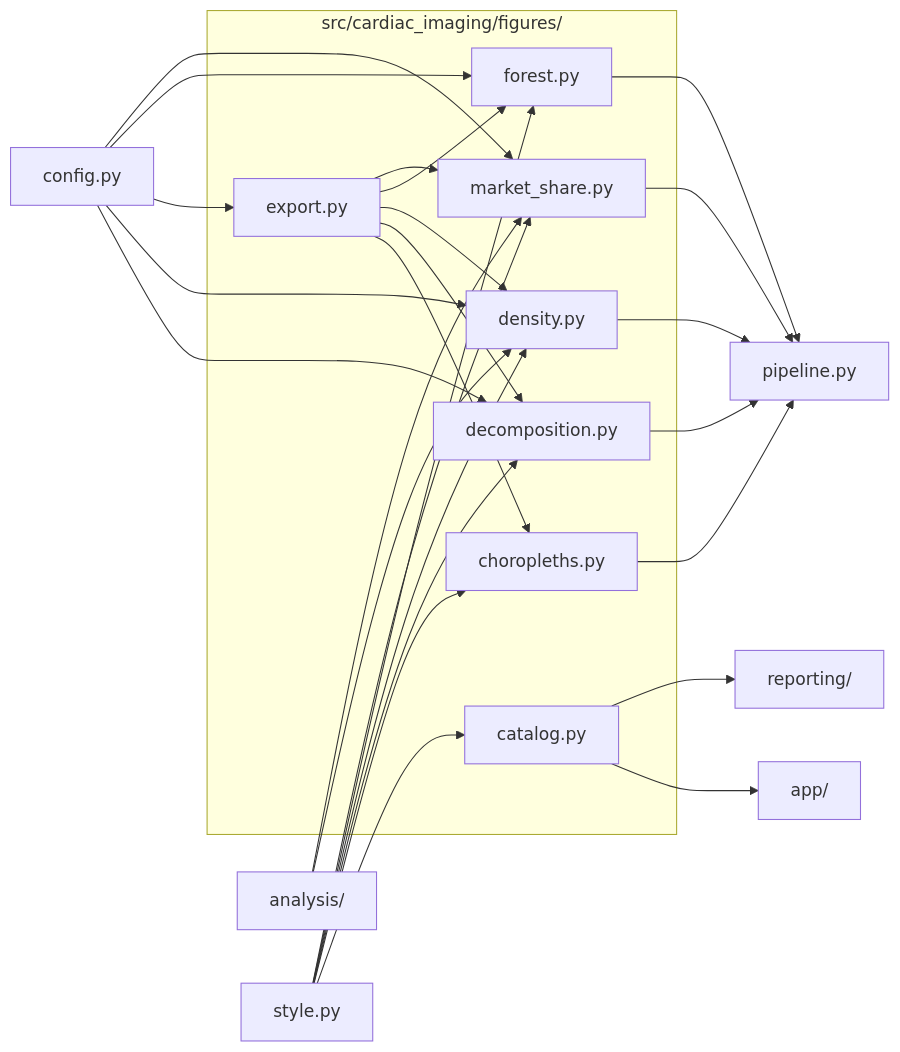
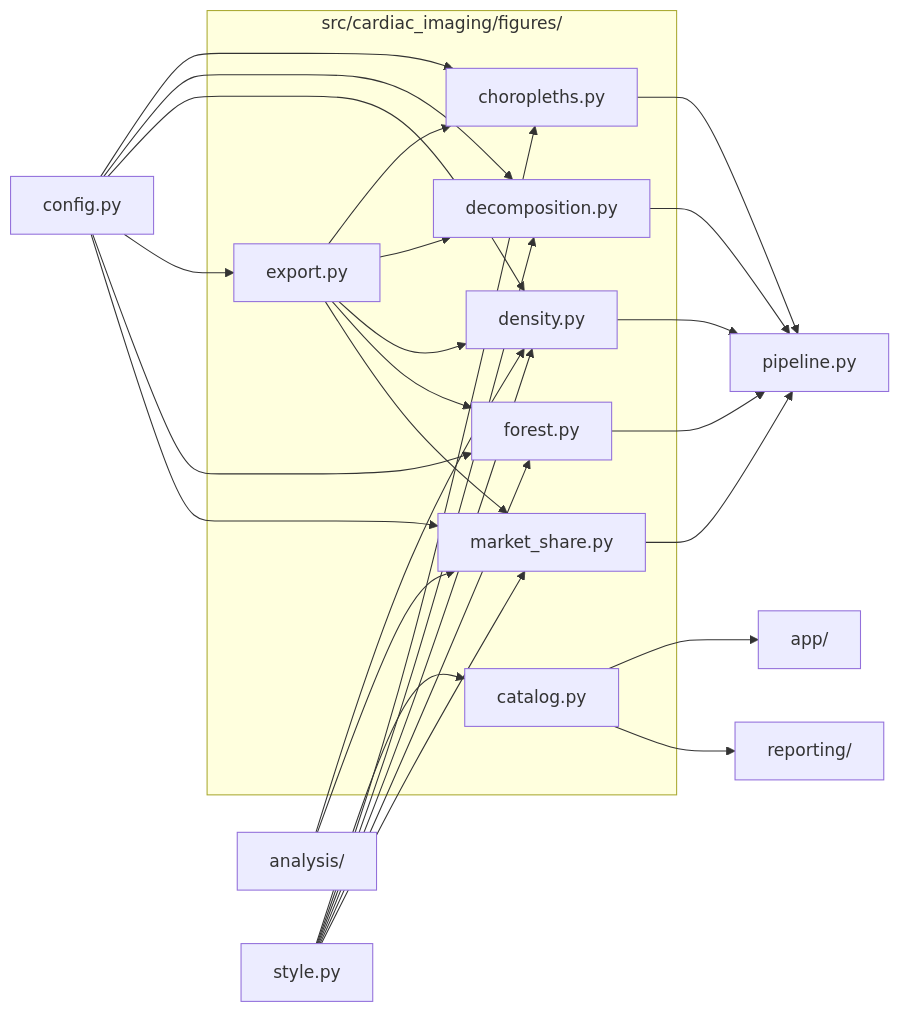
Before and after one commit to drsanjna/cardiac-imaging-medicare: the diagram in src/cardiac_imaging/figures/README.md, drawn with Mermaid. The commit also changed other lines of this file and 22 other files, not shown here.

First line of the commit message:
Add invasive coronary angiography to Figure 1 and as a new state map (Figure 10)

````diff
--- a/src/cardiac_imaging/figures/README.md
+++ b/src/cardiac_imaging/figures/README.md
@@ -11,43 +11,44 @@
 ```mermaid
 flowchart LR
   subgraph here["src/cardiac_imaging/figures/"]
     n_catalog_py["catalog.py"]
     n_choropleths_py["choropleths.py"]
     n_decomposition_py["decomposition.py"]
     n_density_py["density.py"]
     n_export_py["export.py"]
     n_forest_py["forest.py"]
     n_market_share_py["market_share.py"]
   end
   n_analysis_["analysis/"]
   n_app_["app/"]
   n_config_py["config.py"]
   n_pipeline_py["pipeline.py"]
   n_reporting_["reporting/"]
   n_style_py["style.py"]
   n_analysis_ --> n_density_py
   n_analysis_ --> n_market_share_py
   n_catalog_py --> n_app_
   n_catalog_py --> n_reporting_
   n_choropleths_py --> n_pipeline_py
+  n_config_py --> n_choropleths_py
   n_config_py --> n_decomposition_py
   n_config_py --> n_density_py
   n_config_py --> n_export_py
   n_config_py --> n_forest_py
   n_config_py --> n_market_share_py
   n_decomposition_py --> n_pipeline_py
   n_density_py --> n_pipeline_py
   n_export_py --> n_choropleths_py
   n_export_py --> n_decomposition_py
   n_export_py --> n_density_py
   n_export_py --> n_forest_py
   n_export_py --> n_market_share_py
   n_forest_py --> n_pipeline_py
   n_market_share_py --> n_pipeline_py
   n_style_py --> n_catalog_py
   n_style_py --> n_choropleths_py
   n_style_py --> n_decomposition_py
   n_style_py --> n_density_py
   n_style_py --> n_forest_py
   n_style_py --> n_market_share_py
 ```
````
